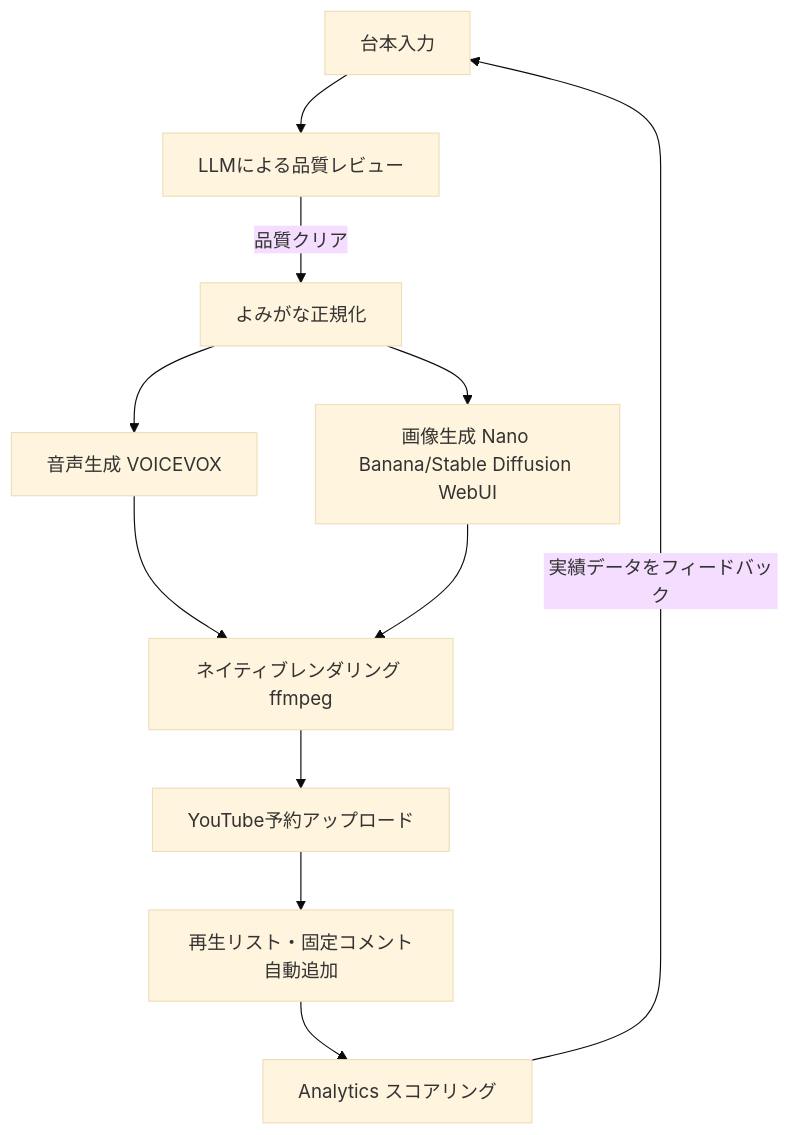
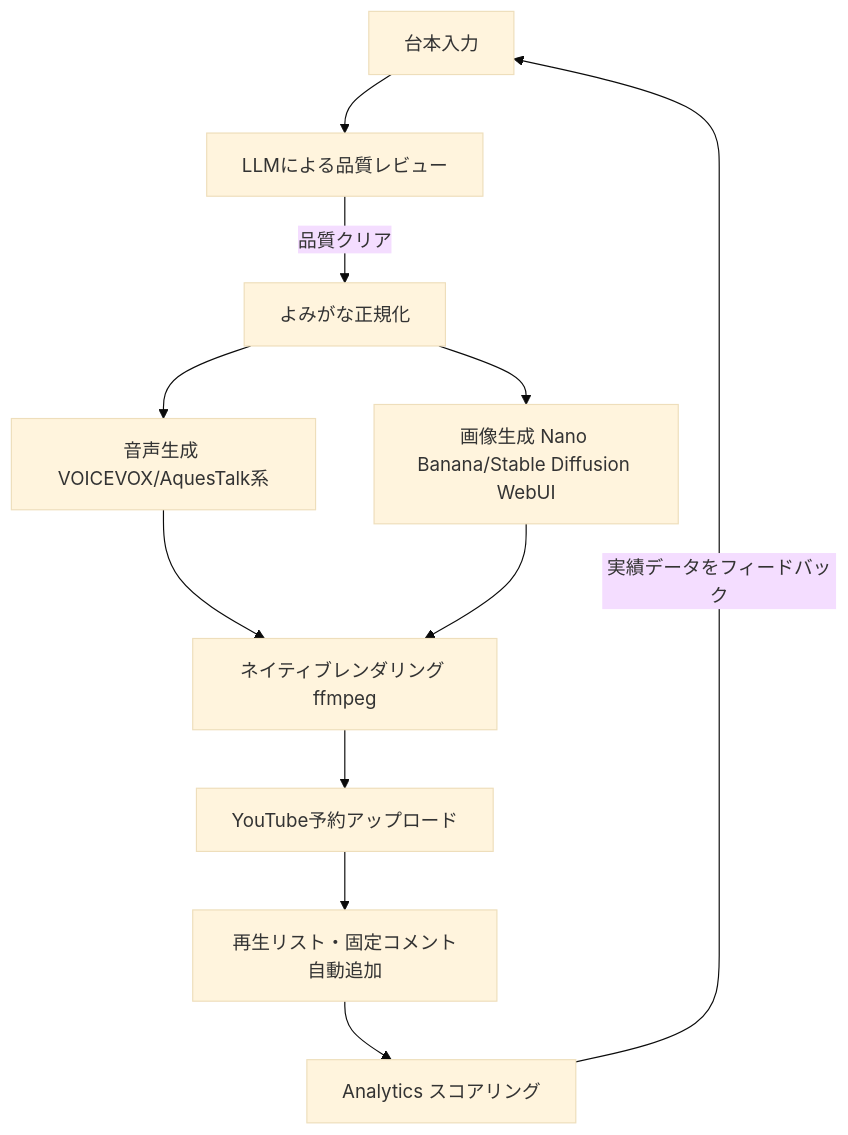
One commit to benybeny777/PicoCast changed the diagram in README.md. Above: the diagram before and after it, drawn with Mermaid (base theme). The commit also changed other lines of this file and 16 other files, not shown here.

````diff
--- a/README.md
+++ b/README.md
@@ -64,13 +65,13 @@
 ```mermaid
 graph TD
     A[台本入力] --> B[LLMによる品質レビュー]
     B -->|品質クリア| C[よみがな正規化]
-    C --> D[音声生成 VOICEVOX]
+    C --> D[音声生成 VOICEVOX/AquesTalk系]
     C --> E[画像生成 Nano Banana/Stable Diffusion WebUI]
     D --> F[ネイティブレンダリング ffmpeg]
     E --> F
     F --> G[YouTube予約アップロード]
     G --> H[再生リスト・固定コメント自動追加]
     H --> I[Analytics スコアリング]
     I -->|実績データをフィードバック| A
 ```
````
